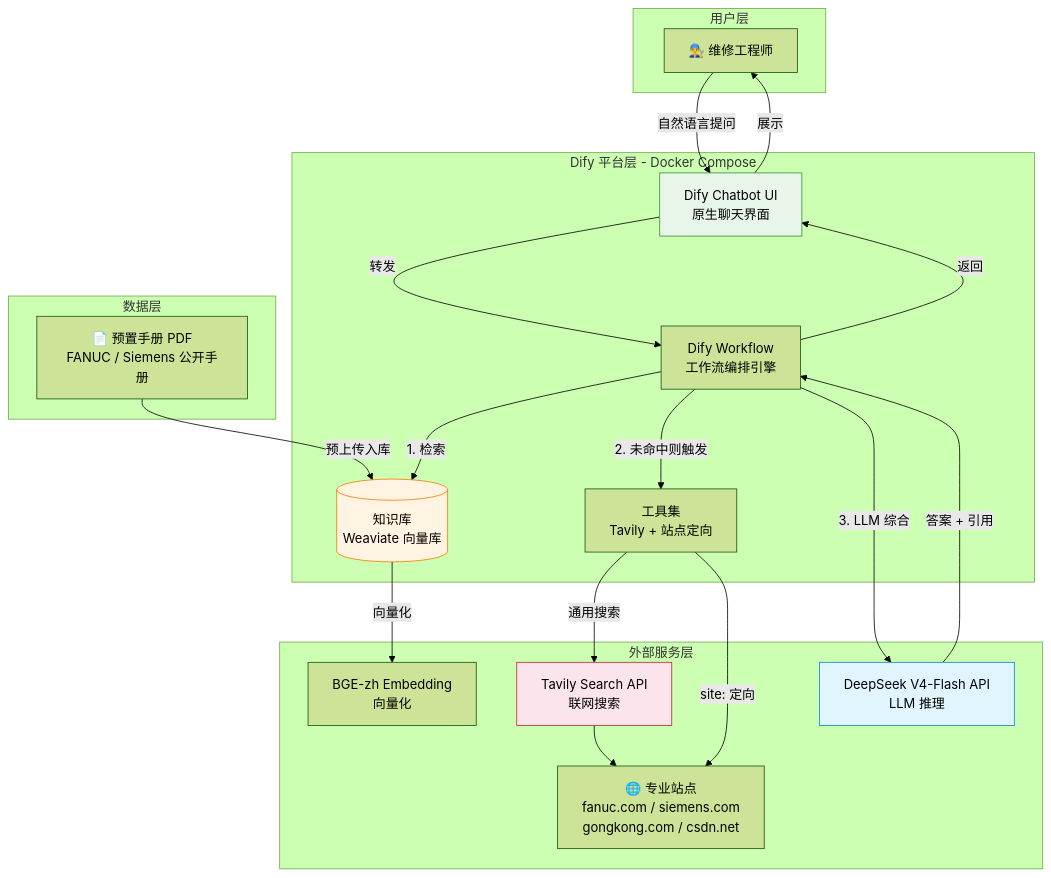
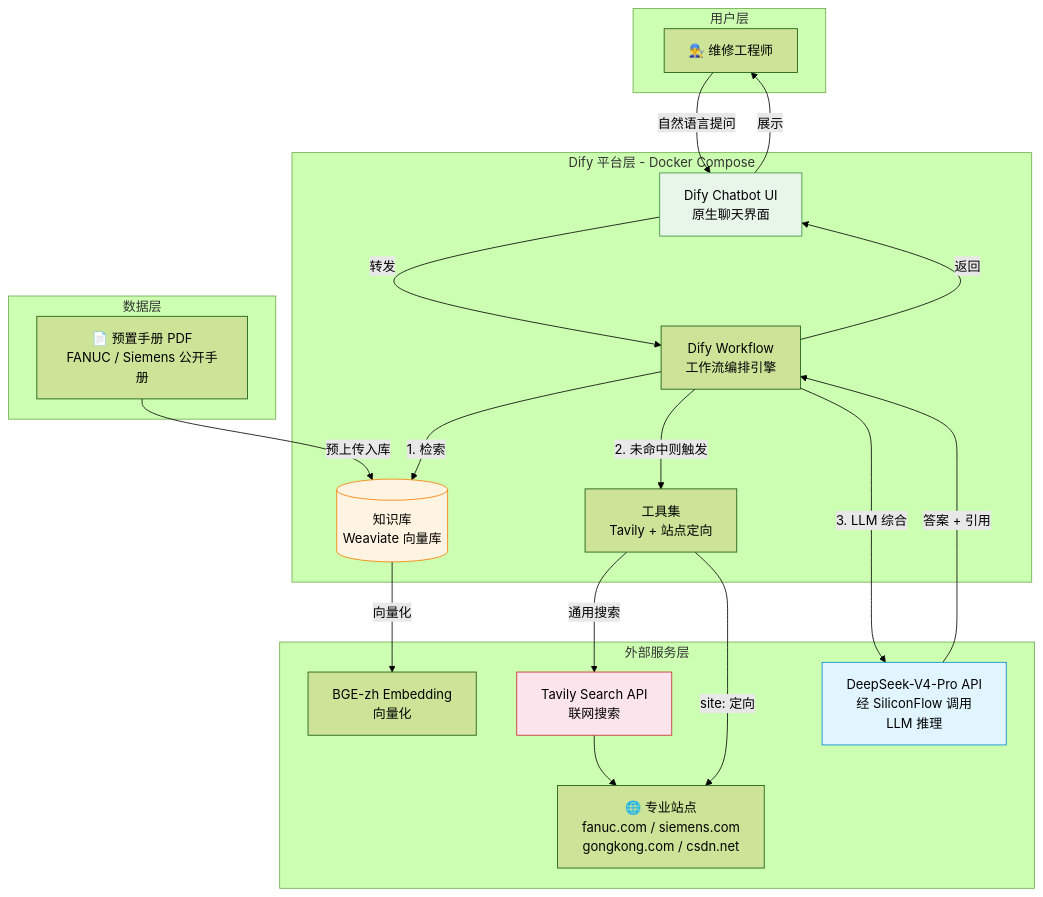
Before and after one commit to Odys-eng/-Dify-: the first of 4 diagrams in docs/PRD与技术架构.md, drawn with Mermaid (forest theme). The commit also changed other lines of this file and 17 other files, not shown here.

First line of the commit message:
新手化改造：一键启动脚本为主线 + 可选加固脚本，统一 docs 模型口径为 SiliconFlow/V4-Pro

````diff
--- a/docs/PRD与技术架构.md
+++ b/docs/PRD与技术架构.md
@@ -304,43 +304,43 @@
 ```mermaid
 graph TB
     subgraph UserLayer[用户层]
         U[👨‍🔧 维修工程师]
     end
 
     subgraph DifyLayer[Dify 平台层 - Docker Compose]
         UI[Dify Chatbot UI<br/>原生聊天界面]
         WF[Dify Workflow<br/>工作流编排引擎]
         KB[(知识库<br/>Weaviate 向量库)]
         Tools[工具集<br/>Tavily + 站点定向]
     end
 
     subgraph ExternalLayer[外部服务层]
-        DS[DeepSeek V4-Flash API<br/>LLM 推理]
+        DS[DeepSeek-V4-Pro API<br/>经 SiliconFlow 调用<br/>LLM 推理]
         BGE[BGE-zh Embedding<br/>向量化]
         Tavily[Tavily Search API<br/>联网搜索]
         Web[🌐 专业站点<br/>fanuc.com / siemens.com<br/>gongkong.com / csdn.net]
     end
 
     subgraph DataLayer[数据层]
         PDFs[📄 预置手册 PDF<br/>FANUC / Siemens 公开手册]
     end
 
     U -->|自然语言提问| UI
     UI -->|转发| WF
     WF -->|1. 检索| KB
     KB -->|向量化| BGE
     PDFs -->|预上传入库| KB
     WF -->|2. 未命中则触发| Tools
     Tools -->|通用搜索| Tavily
     Tools -->|site: 定向| Web
     Tavily --> Web
     WF -->|3. LLM 综合| DS
     DS -->|答案 + 引用| WF
     WF -->|返回| UI
     UI -->|展示| U
 
     style DS fill:#e1f5ff,stroke:#0288d1
     style KB fill:#fff4e1,stroke:#f57c00
     style UI fill:#e8f5e9,stroke:#388e3c
     style Tavily fill:#fce4ec,stroke:#c62828
 ```
````
